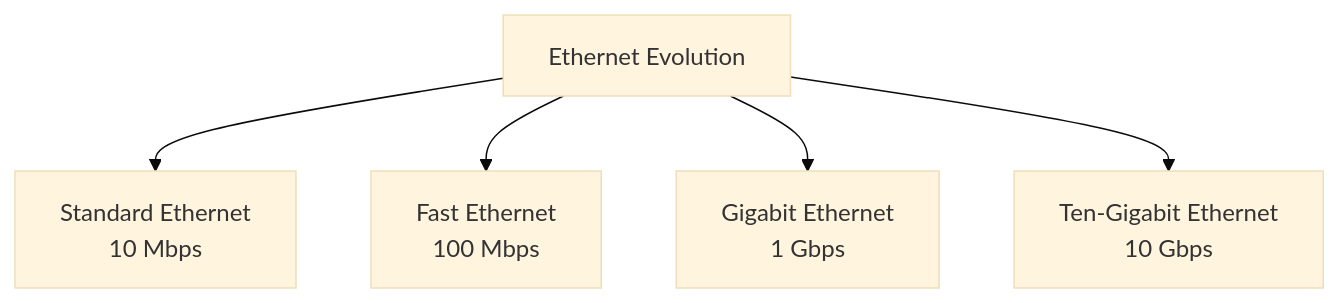
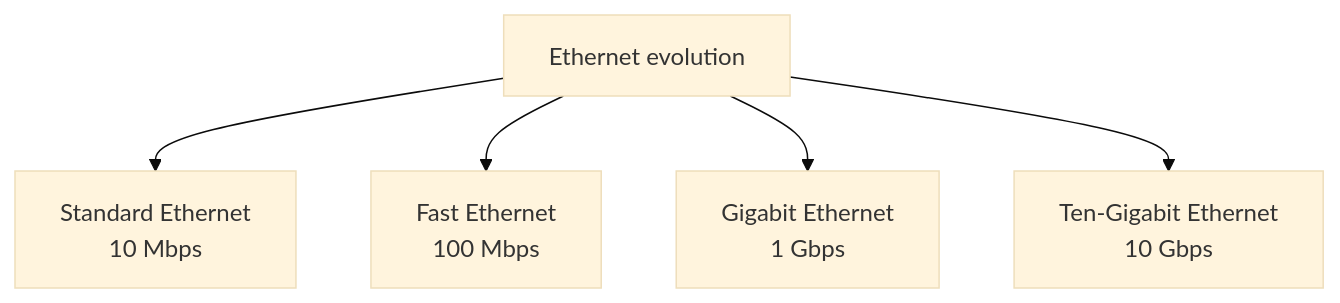
Before and after one commit to Choroning/25Spring_Computer-Networks: the first of 6 diagrams in Lecture-Notes/Ch20_Ethernet-Switches-and-VLANs/Concepts_Lecture.md, drawn with Mermaid (base theme). The commit also changed other lines of this file and 24 other files, not shown here.

````diff
--- a/Lecture-Notes/Ch20_Ethernet-Switches-and-VLANs/Concepts_Lecture.md
+++ b/Lecture-Notes/Ch20_Ethernet-Switches-and-VLANs/Concepts_Lecture.md
@@ -134,7 +242,7 @@
 ```mermaid
 graph TD
-    A[Ethernet Evolution] --> B[Standard Ethernet<br/>10 Mbps]
-    A --> C[Fast Ethernet<br/>100 Mbps]
-    A --> D[Gigabit Ethernet<br/>1 Gbps]
-    A --> E[Ten-Gigabit Ethernet<br/>10 Gbps]
+    A[Ethernet evolution] --> B["Standard Ethernet<br/>10 Mbps"]
+    A --> C["Fast Ethernet<br/>100 Mbps"]
+    A --> D["Gigabit Ethernet<br/>1 Gbps"]
+    A --> E["Ten-Gigabit Ethernet<br/>10 Gbps"]
 ```
````
